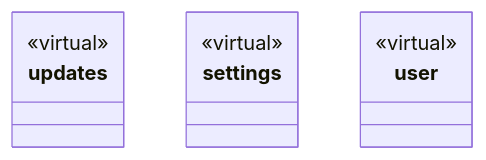
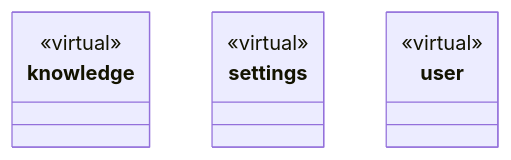
One commit to nan023062/cbim changed the fourth of 4 diagrams in src/logic/ARCHITECTURE.md. Above: the diagram before and after it, drawn with Mermaid. The commit also changed other lines of this file and 80 other files, not shown here.

````diff
--- a/src/logic/ARCHITECTURE.md
+++ b/src/logic/ARCHITECTURE.md
@@ -124,15 +125,15 @@
 ```mermaid
 classDiagram
-class N_1a718763f256["updates"] {
+class N_6648e4abd154["knowledge"] {
   <<virtual>>
 }
-click N_1a718763f256 href "updates/ARCHITECTURE.md"
+click N_6648e4abd154 href "knowledge/ARCHITECTURE.md"
 class N_5de4d2d0ae38["settings"] {
   <<virtual>>
 }
 click N_5de4d2d0ae38 href "settings/ARCHITECTURE.md"
 class N_fc171a6fbe88["user"] {
   <<virtual>>
 }
 click N_fc171a6fbe88 href "user/ARCHITECTURE.md"
 ```
````
